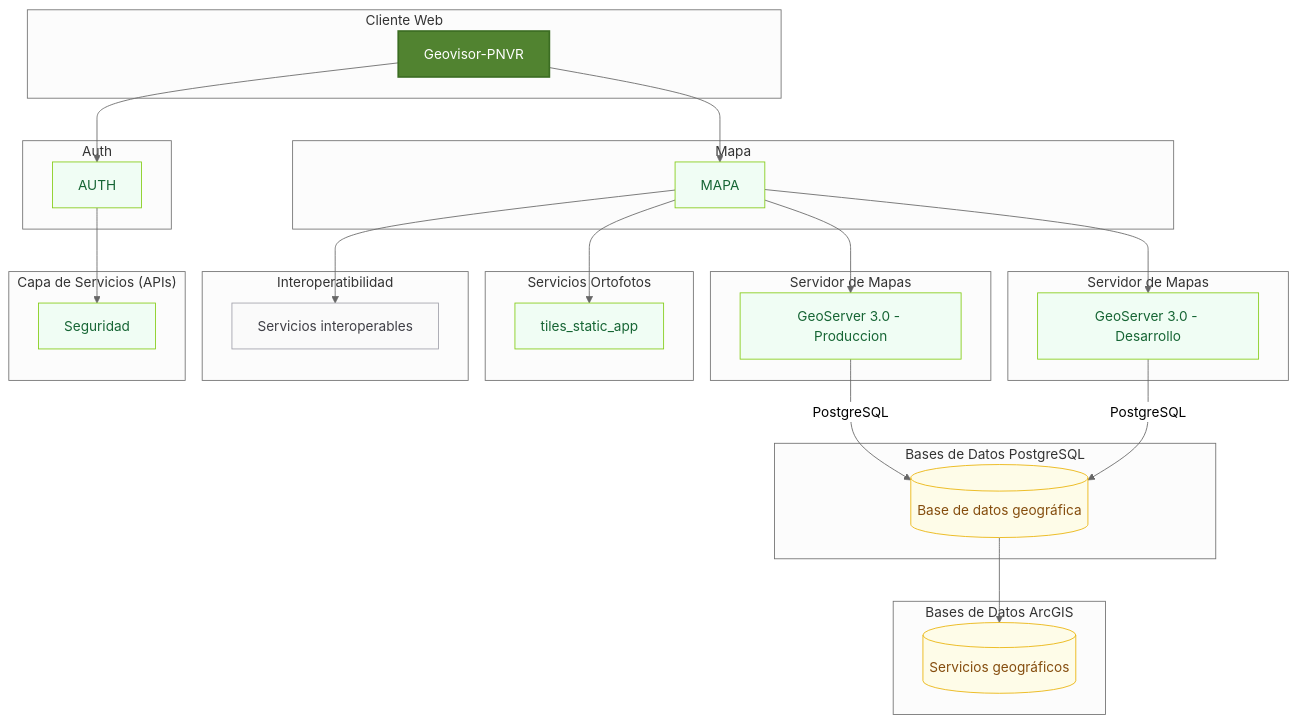
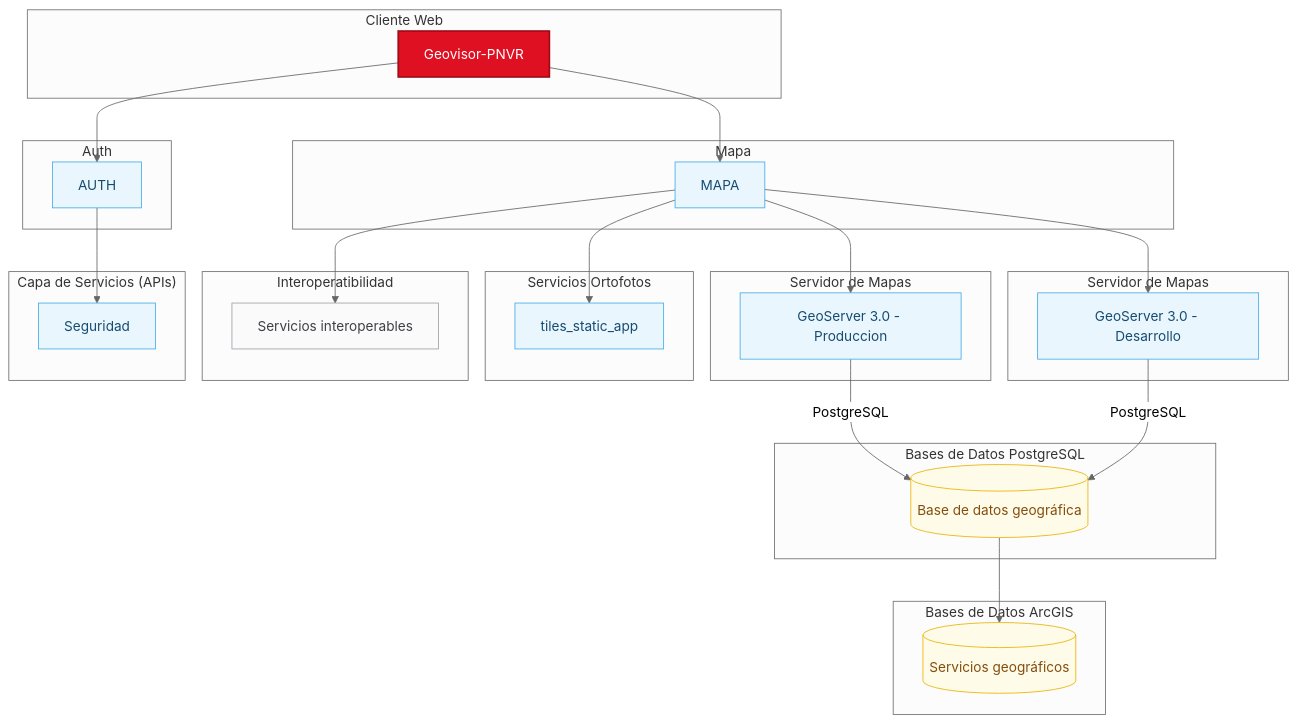
The diagram in README.md (jchafloquem/visor_pnsr), drawn with Mermaid (neutral theme) before and after one commit. The commit also changed 43 other files, not shown here.

````diff
--- a/README.md
+++ b/README.md
@@ -134,75 +134,75 @@
 ```mermaid
 graph TB
   %% =========================
   %% COMPONENTES
   %% =========================
   subgraph "Cliente Web"
     FRONT[Geovisor-PNVR]
   end 
 
   subgraph "Auth"
     AUTH[AUTH]
   end
 
   subgraph "Mapa"
     MAPA[MAPA]
   end
 
   subgraph "Bases de Datos PostgreSQL"
     DB1[(Base de datos geográfica)]
   end
 
   subgraph "Bases de Datos ArcGIS"
     DB2[(Servicios geográficos)]
   end
   
   subgraph "Servidor de Mapas"
     GEOSERVER_PROD[GeoServer 3.0 - Produccion]
   end
 
   subgraph "Servidor de Mapas"
     GEOSERVER_DEV[GeoServer 3.0 - Desarrollo]
   end
 
   subgraph "Servicios Ortofotos"
     ORTOFOTOS[tiles_static_app]
   end
 
   subgraph "Interoperatibilidad"
     INTER[Servicios interoperables]
   end
 
   subgraph "Capa de Servicios (APIs)"
     SEGURIDAD[Seguridad]
   end  
 
   %% =========================
   %% RELACIONES
   %% =========================
   FRONT --> AUTH
   FRONT --> MAPA
   AUTH --> SEGURIDAD
   MAPA --> GEOSERVER_PROD
   MAPA --> GEOSERVER_DEV
   MAPA --> ORTOFOTOS
   MAPA --> INTER
   DB1 --> DB2
   
   GEOSERVER_PROD -- "PostgreSQL" --> DB1
   GEOSERVER_DEV -- "PostgreSQL" --> DB1
   
 
   %% =========================
   %% ESTILOS
   %% =========================
-  classDef front fill:#518330,stroke:#3b6d22,stroke-width:2px,color:#fff;
-  classDef service fill:#f0fdf4,stroke:#84cc16,stroke-width:1px,color:#166534;
+  classDef front fill:#df1021,stroke:#a00b17,stroke-width:2px,color:#fff;
+  classDef service fill:#eaf6fd,stroke:#48ade5,stroke-width:1px,color:#164c70;
   classDef db fill:#fefce8,stroke:#eab308,stroke-width:1px,color:#854d0e;
   classDef external fill:#fafafa,stroke:#a1a1aa,stroke-width:1px,color:#3f3f46;
 
   class FRONT front;
   class AUTH,MAPA,GEOSERVER_PROD,GEOSERVER_DEV,ORTOFOTOS,SEGURIDAD service;
   class INTER external;
   class DB1 db;
   class DB2 db;
 ```
````
